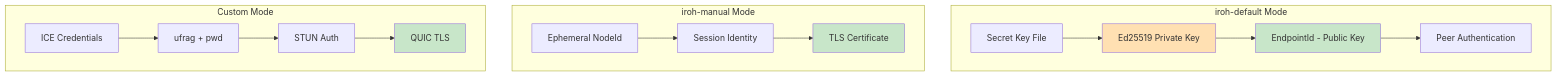
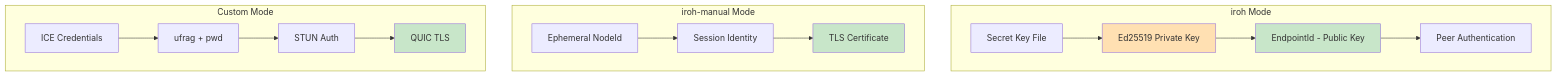
Diagram 30 of 38 in docs/ARCHITECTURE.md (andrewtheguy/vpn-rs), drawn with Mermaid before and after one commit. The commit also changed other lines of this file and 5 other files, not shown here.

````diff
--- a/docs/ARCHITECTURE.md
+++ b/docs/ARCHITECTURE.md
@@ -1254,24 +1254,24 @@
 ```mermaid
 graph TB
-    subgraph "iroh-default Mode"
+    subgraph "iroh Mode"
         A[Secret Key File] --> B[Ed25519 Private Key]
         B --> C[EndpointId - Public Key]
         C --> D[Peer Authentication]
     end
     
     subgraph "iroh-manual Mode"
         E[Ephemeral NodeId] --> F[Session Identity]
         F --> G[TLS Certificate]
     end
     
     subgraph "Custom Mode"
         H[ICE Credentials] --> I[ufrag + pwd]
         I --> J[STUN Auth]
         J --> K[QUIC TLS]
     end
     
     style B fill:#FFE0B2
     style C fill:#C8E6C9
     style G fill:#C8E6C9
     style K fill:#C8E6C9
 ```
````
